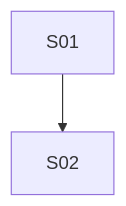
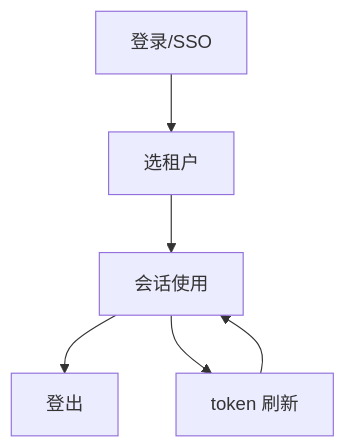
The diagram in docs/design/flow-function-map.md (zcqiand/lab-management-system-springboot), drawn with Mermaid before and after one commit. The commit also changed other lines of this file and 11 other files, not shown here.

````diff
--- a/docs/design/flow-function-map.md
+++ b/docs/design/flow-function-map.md
@@ -9,4 +9,8 @@
 ```mermaid
 flowchart TD
-    S01[S01 ] --> S02[S02 ]
+    S01[登录/SSO] --> S02[选租户]
+    S02 --> S03[会话使用]
+    S03 --> S04[登出]
+    S03 --> S05[token 刷新]
+    S05 --> S03
 ```
````
